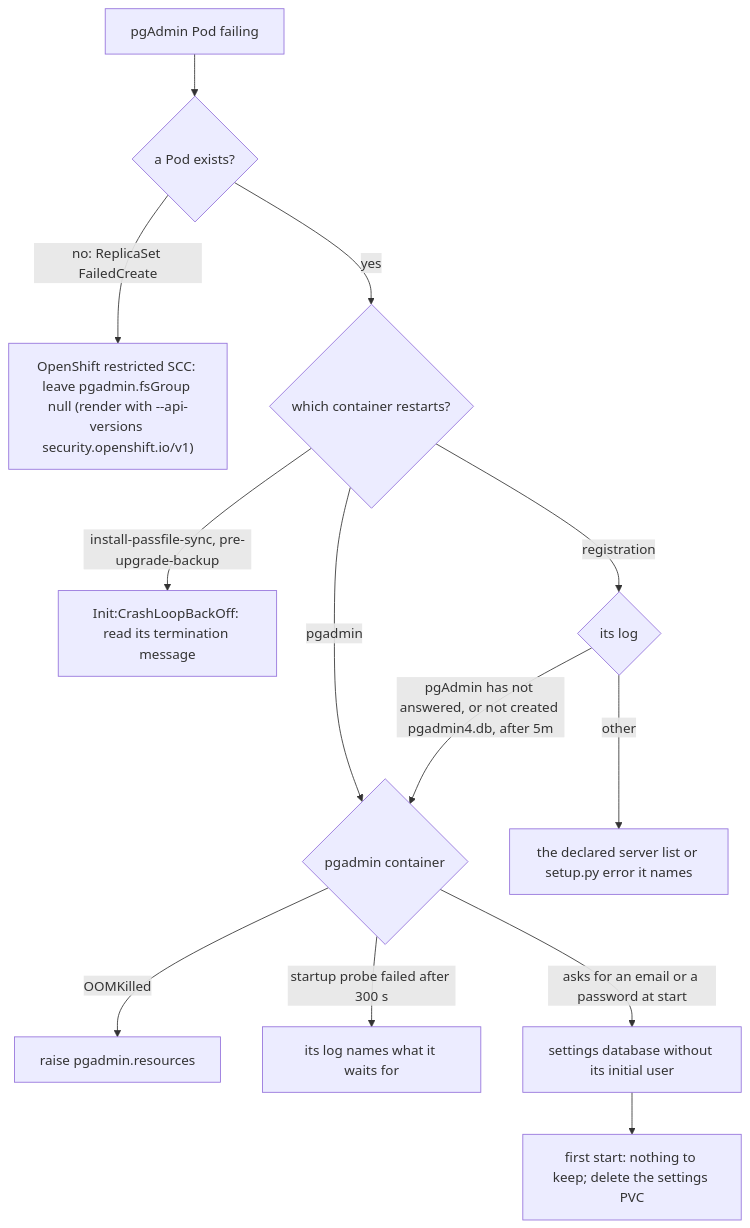
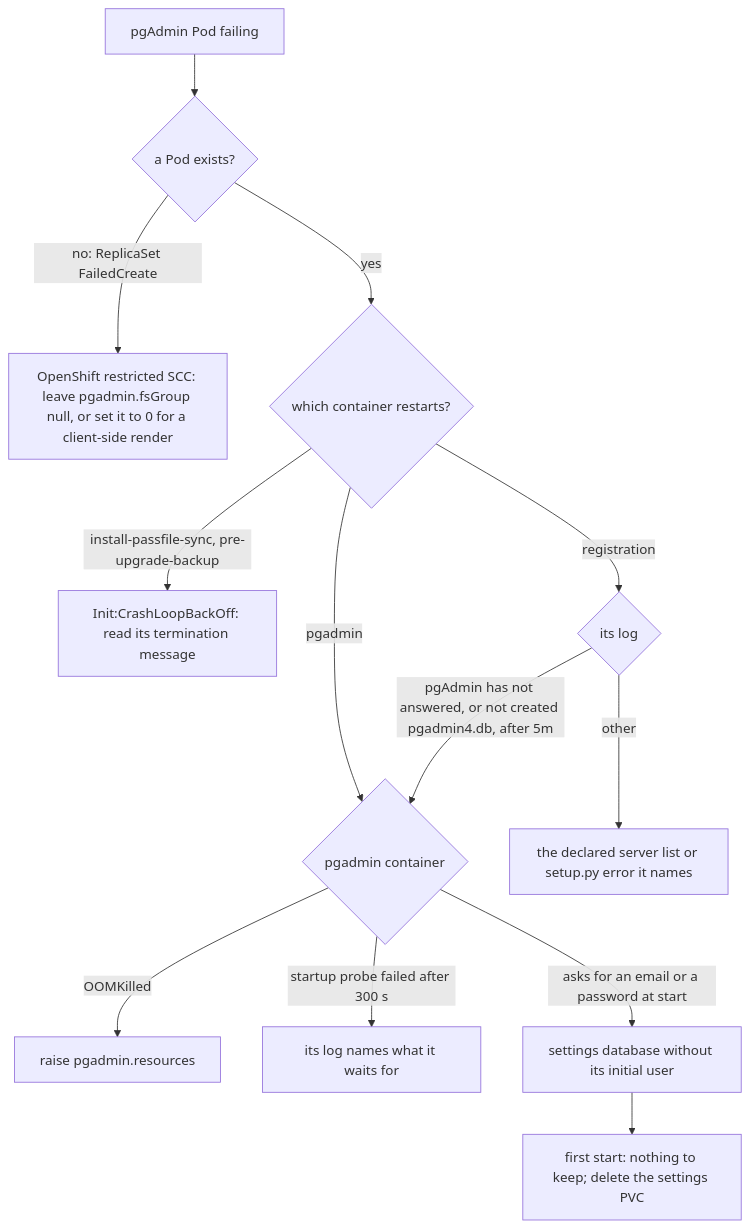
The fourth of 7 diagrams in docs/site/docs/guides/troubleshooting.md (fyannk/pgToolBox), drawn with Mermaid before and after one commit. The commit also changed 6 other files, not shown here.

Commit message:
fixup! fix(pgtools): leave pgAdmin's fsGroup to OpenShift's SCC by default

````diff
--- a/docs/site/docs/guides/troubleshooting.md
+++ b/docs/site/docs/guides/troubleshooting.md
@@ -130,15 +130,15 @@
 ```mermaid
 flowchart TB
   start["pgAdmin Pod failing"] --> exists{"a Pod exists?"}
-  exists -->|"no: ReplicaSet FailedCreate"| scc["OpenShift restricted SCC: leave pgadmin.fsGroup null (render with --api-versions security.openshift.io/v1)"]
+  exists -->|"no: ReplicaSet FailedCreate"| scc["OpenShift restricted SCC: leave pgadmin.fsGroup null, or set it to 0 for a client-side render"]
   exists -->|yes| which{"which container restarts?"}
   which -->|"install-passfile-sync, pre-upgrade-backup"| init["Init:CrashLoopBackOff: read its termination message"]
   which -->|registration| reglog{"its log"}
   reglog -->|"pgAdmin has not answered, or not created pgadmin4.db, after 5m"| pg
   reglog -->|other| regerr["the declared server list or setup.py error it names"]
   which -->|pgadmin| pg{"pgadmin container"}
   pg -->|OOMKilled| mem["raise pgadmin.resources"]
   pg -->|"startup probe failed after 300 s"| plog["its log names what it waits for"]
   pg -->|"asks for an email or a password at start"| nouser["settings database without its initial user"]
   nouser --> fresh["first start: nothing to keep; delete the settings PVC"]
 ```
````
